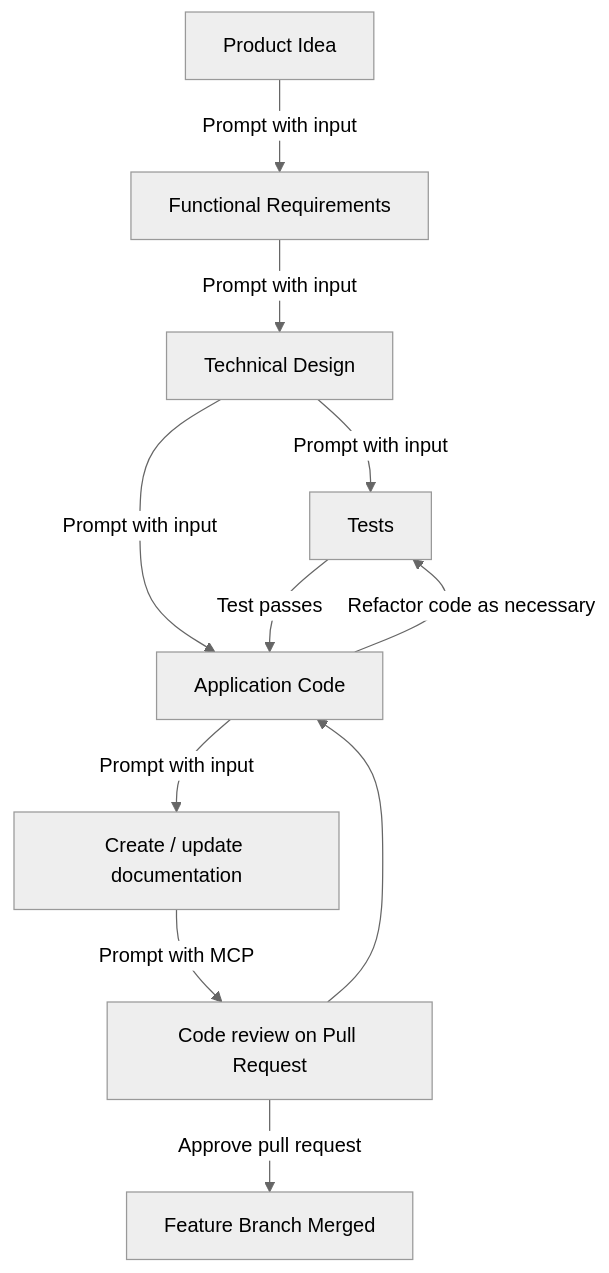
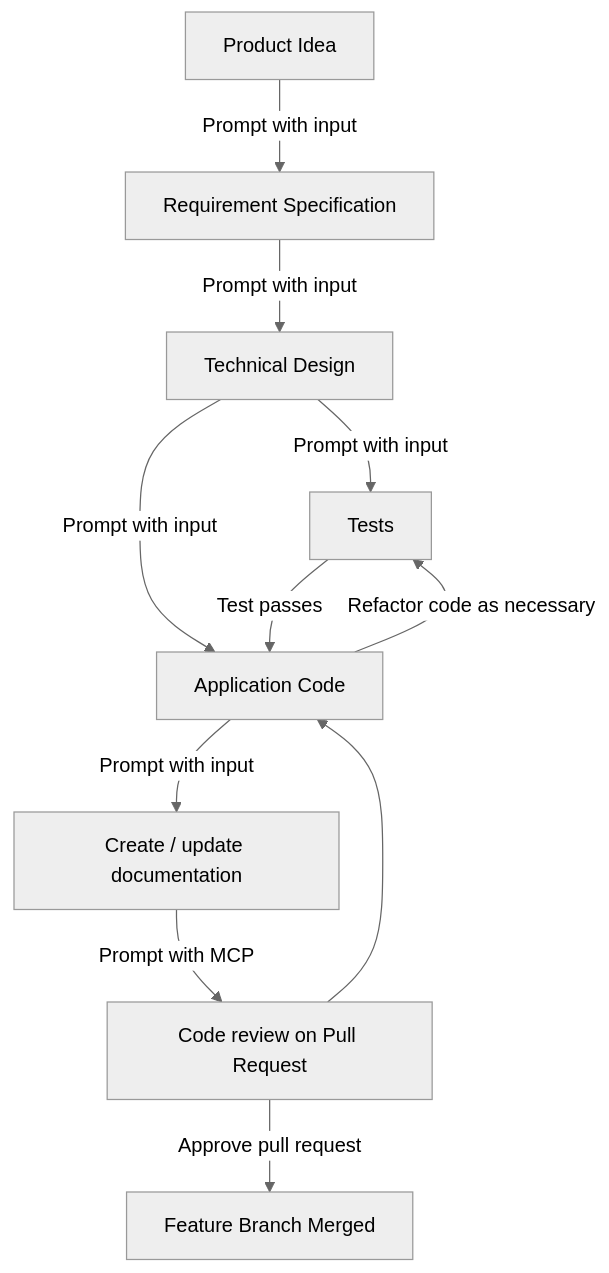
The diagram in docs/workflow/feature-based-development/01-getting-started.md (kevinlin/ai-sdlc-playbook), drawn with Mermaid (neutral theme) before and after one commit. The commit also changed other lines of this file and 9 other files, not shown here.

Commit message:
Rename title: `Functional Requirements` -> `Requirement Specification` and updated all references

````diff
--- a/docs/workflow/feature-based-development/01-getting-started.md
+++ b/docs/workflow/feature-based-development/01-getting-started.md
@@ -13,16 +13,16 @@
 ```mermaid
 ---
 config:
   layout: dagre
 ---
 flowchart TD
-    A["Product Idea"] -- Prompt with input --> B["Functional Requirements"]
+    A["Product Idea"] -- Prompt with input --> B["Requirement Specification"]
     B -- Prompt with input --> C["Technical Design"]
     C -- Prompt with input --> D["Tests"] & E["Application Code"]
     D -- Test passes --> E
     E -- Refactor code as necessary --> D
     E -- Prompt with input --> G["Create / update documentation"]
     G -- Prompt with MCP --> H["Code review on Pull Request"]
     H --> E
     H -- Approve pull request --> I["Feature Branch Merged"]
 ```
````
